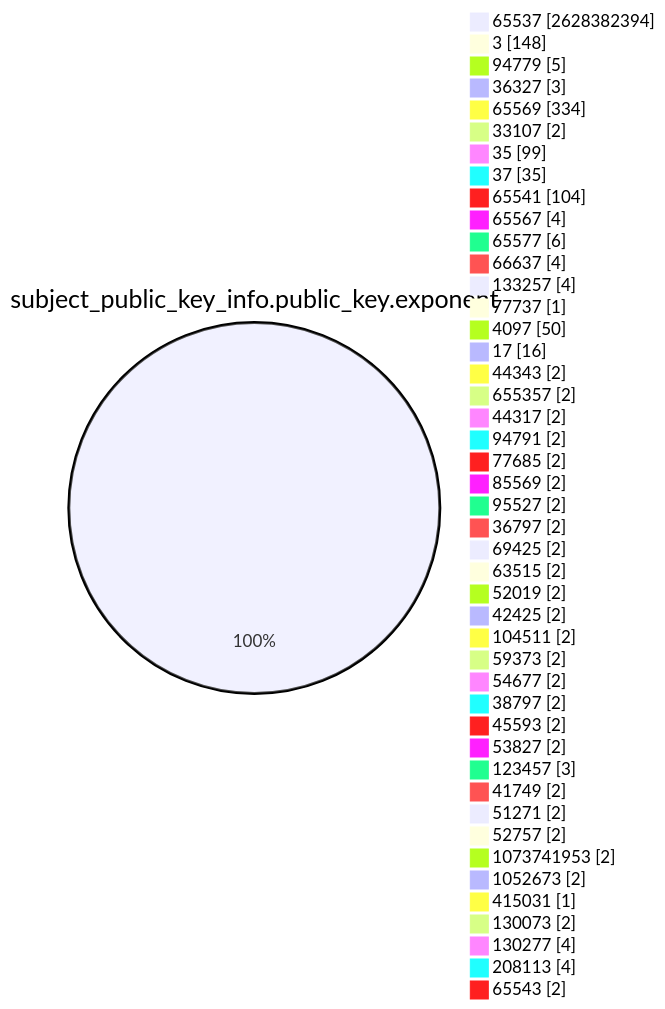
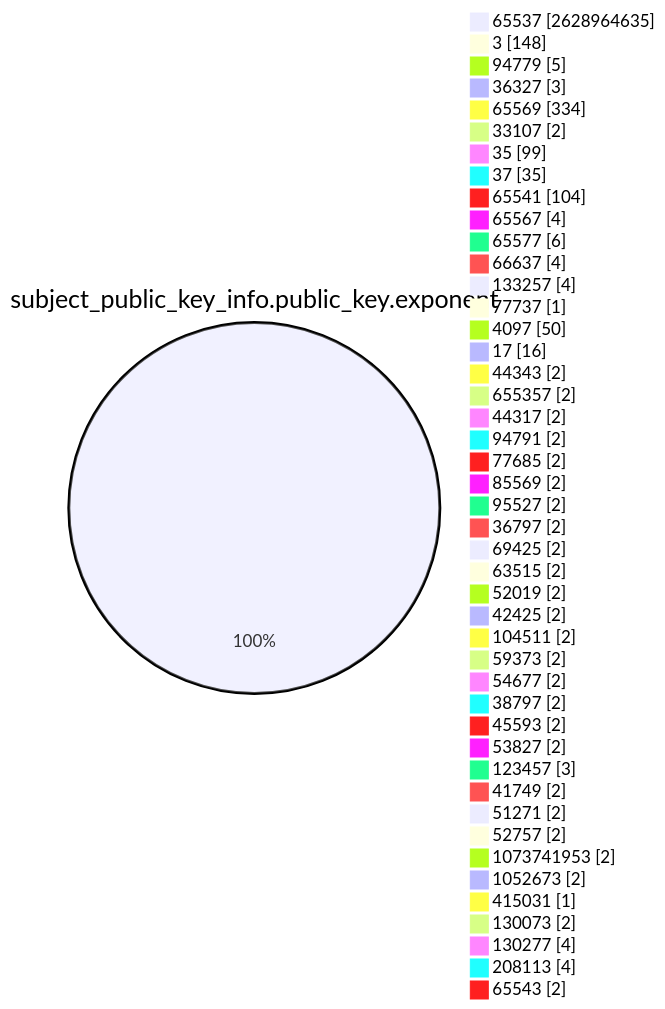
The fourth of 15 diagrams in TOTAL/README.md (christiankrug/ctmonitor_visualization), drawn with Mermaid before and after one commit. The commit also changed other lines of this file, not shown here.

````diff
--- a/TOTAL/README.md
+++ b/TOTAL/README.md
@@ -1466,49 +1466,49 @@
 ```mermaid
 pie showData
 title subject_public_key_info.public_key.exponent
-"65537" :2628382394
+"65537" :2628964635
 "3" :148
 "94779" :5
 "36327" :3
 "65569" :334
 "33107" :2
 "35" :99
 "37" :35
 "65541" :104
 "65567" :4
 "65577" :6
 "66637" :4
 "133257" :4
 "77737" :1
 "4097" :50
 "17" :16
 "44343" :2
 "655357" :2
 "44317" :2
 "94791" :2
 "77685" :2
 "85569" :2
 "95527" :2
 "36797" :2
 "69425" :2
 "63515" :2
 "52019" :2
 "42425" :2
 "104511" :2
 "59373" :2
 "54677" :2
 "38797" :2
 "45593" :2
 "53827" :2
 "123457" :3
 "41749" :2
 "51271" :2
 "52757" :2
 "1073741953" :2
 "1052673" :2
 "415031" :1
 "130073" :2
 "130277" :4
 "208113" :4
 "65543" :2
 ```
````
